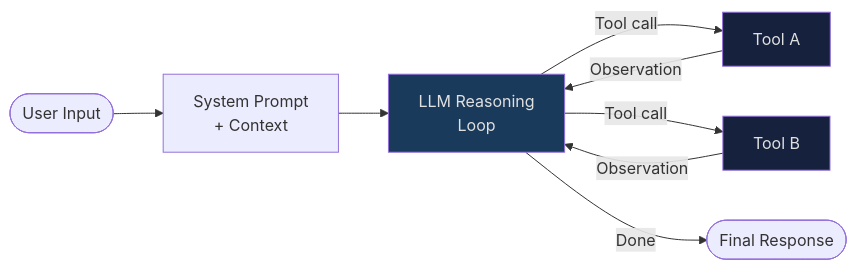
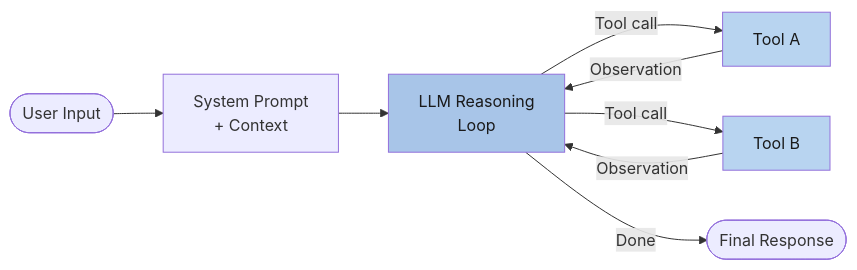
One commit to jylhakos/InternetOfThings changed the second of 11 diagrams in Computing/AGENTS/README.md. Above: the diagram before and after it, drawn with Mermaid. The commit also changed other lines of this file, not shown here.

````diff
--- a/Computing/AGENTS/README.md
+++ b/Computing/AGENTS/README.md
@@ -278,14 +278,14 @@
 ```mermaid
 flowchart LR
     U([User Input]) --> SP[System Prompt\n+ Context]
     SP --> LLM[LLM Reasoning\nLoop]
     LLM -->|Tool call| T1[Tool A]
     LLM -->|Tool call| T2[Tool B]
     T1 -->|Observation| LLM
     T2 -->|Observation| LLM
     LLM -->|Done| R([Final Response])
 
-    style LLM fill:#1a3a5c,color:#e0e0e0
-    style T1 fill:#16213e,color:#e0e0e0
-    style T2 fill:#16213e,color:#e0e0e0
+    style LLM fill:#a8c5e8,color:#1a1a1a
+    style T1 fill:#b8d4f0,color:#1a1a1a
+    style T2 fill:#b8d4f0,color:#1a1a1a
 ```
````
